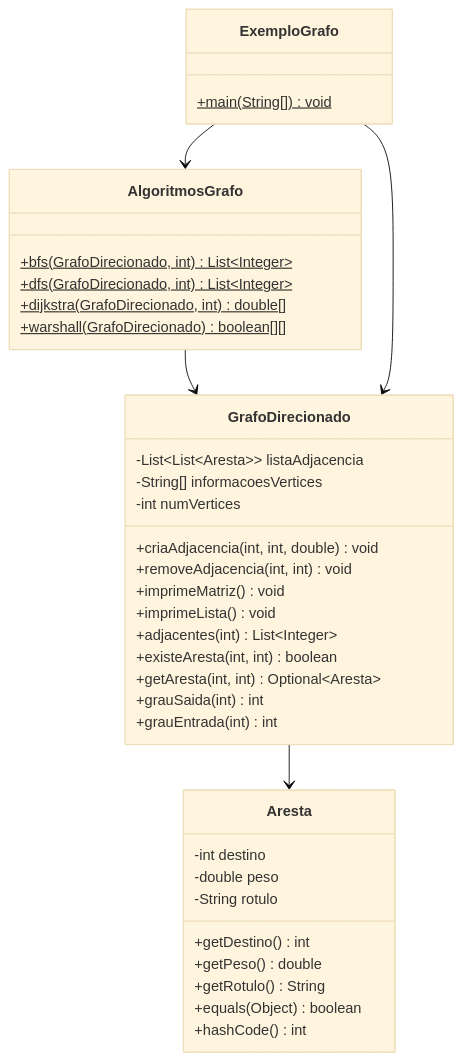
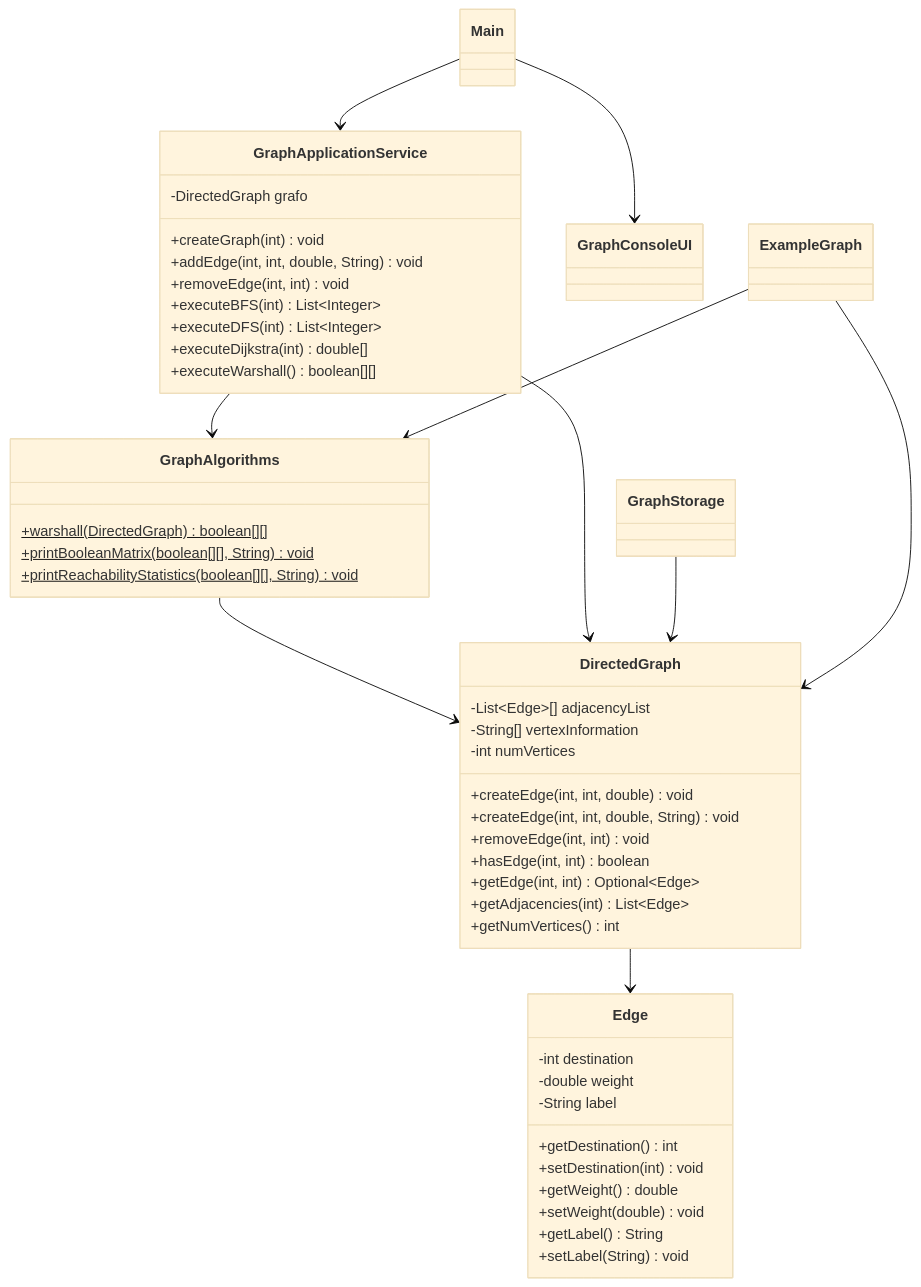
Before and after one commit to cyberfika/GraphTasksTDEs: the diagram in docs/design.md, drawn with Mermaid (base theme). The commit also changed other lines of this file and 19 other files, not shown here.

Commit message:
Refactor graph algorithms and update documentation for clarity and consistency

````diff
--- a/docs/design.md
+++ b/docs/design.md
@@ -112,44 +56,59 @@
 ```mermaid
 classDiagram
-    class Aresta {
-        -int destino
-        -double peso
-        -String rotulo
-        +getDestino() int
-        +getPeso() double
-        +getRotulo() String
-        +equals(Object) boolean
-        +hashCode() int
+    class Edge {
+        -int destination
+        -double weight
+        -String label
+        +getDestination() int
+        +setDestination(int) void
+        +getWeight() double
+        +setWeight(double) void
+        +getLabel() String
+        +setLabel(String) void
     }
 
-    class GrafoDirecionado {
-        -List~List~Aresta~~ listaAdjacencia
-        -String[] informacoesVertices
+    class DirectedGraph {
+        -List~Edge~[] adjacencyList
+        -String[] vertexInformation
         -int numVertices
-        +criaAdjacencia(int, int, double) void
-        +removeAdjacencia(int, int) void
-        +imprimeMatriz() void
-        +imprimeLista() void
-        +adjacentes(int) List~Integer~
-        +existeAresta(int, int) boolean
-        +getAresta(int, int) Optional~Aresta~
-        +grauSaida(int) int
-        +grauEntrada(int) int
+        +createEdge(int, int, double) void
+        +createEdge(int, int, double, String) void
+        +removeEdge(int, int) void
+        +hasEdge(int, int) boolean
+        +getEdge(int, int) Optional~Edge~
+        +getAdjacencies(int) List~Edge~
+        +getNumVertices() int
     }
 
-    class AlgoritmosGrafo {
-        +bfs(GrafoDirecionado, int) List~Integer~$
-        +dfs(GrafoDirecionado, int) List~Integer~$
-        +dijkstra(GrafoDirecionado, int) double[]$
-        +warshall(GrafoDirecionado) boolean[][]$
+    class GraphAlgorithms {
+        +warshall(DirectedGraph) boolean[][]$
+        +printBooleanMatrix(boolean[][], String) void$
+        +printReachabilityStatistics(boolean[][], String) void$
     }
 
-    class ExemploGrafo {
-        +main(String[]) void$
+    class GraphApplicationService {
+        -DirectedGraph grafo
+        +createGraph(int) void
+        +addEdge(int, int, double, String) void
+        +removeEdge(int, int) void
+        +executeBFS(int) List~Integer~
+        +executeDFS(int) List~Integer~
+        +executeDijkstra(int) double[]
+        +executeWarshall() boolean[][]
     }
 
-    GrafoDirecionado --> Aresta
-    AlgoritmosGrafo --> GrafoDirecionado
-    ExemploGrafo --> GrafoDirecionado
-    ExemploGrafo --> AlgoritmosGrafo
+    class GraphConsoleUI
+    class GraphStorage
+    class Main
+    class ExampleGraph
+
+    DirectedGraph --> Edge
+    GraphAlgorithms --> DirectedGraph
+    GraphApplicationService --> DirectedGraph
+    GraphApplicationService --> GraphAlgorithms
+    GraphStorage --> DirectedGraph
+    Main --> GraphApplicationService
+    Main --> GraphConsoleUI
+    ExampleGraph --> DirectedGraph
+    ExampleGraph --> GraphAlgorithms
 ```
````
